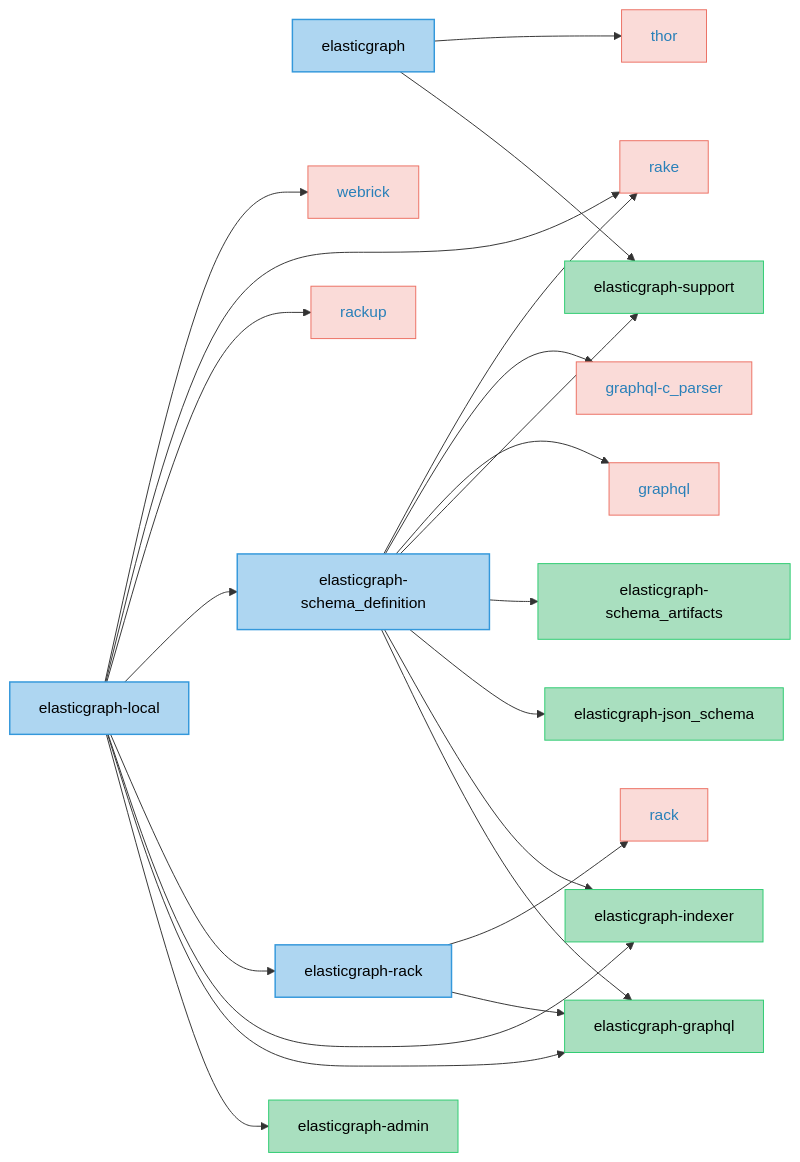
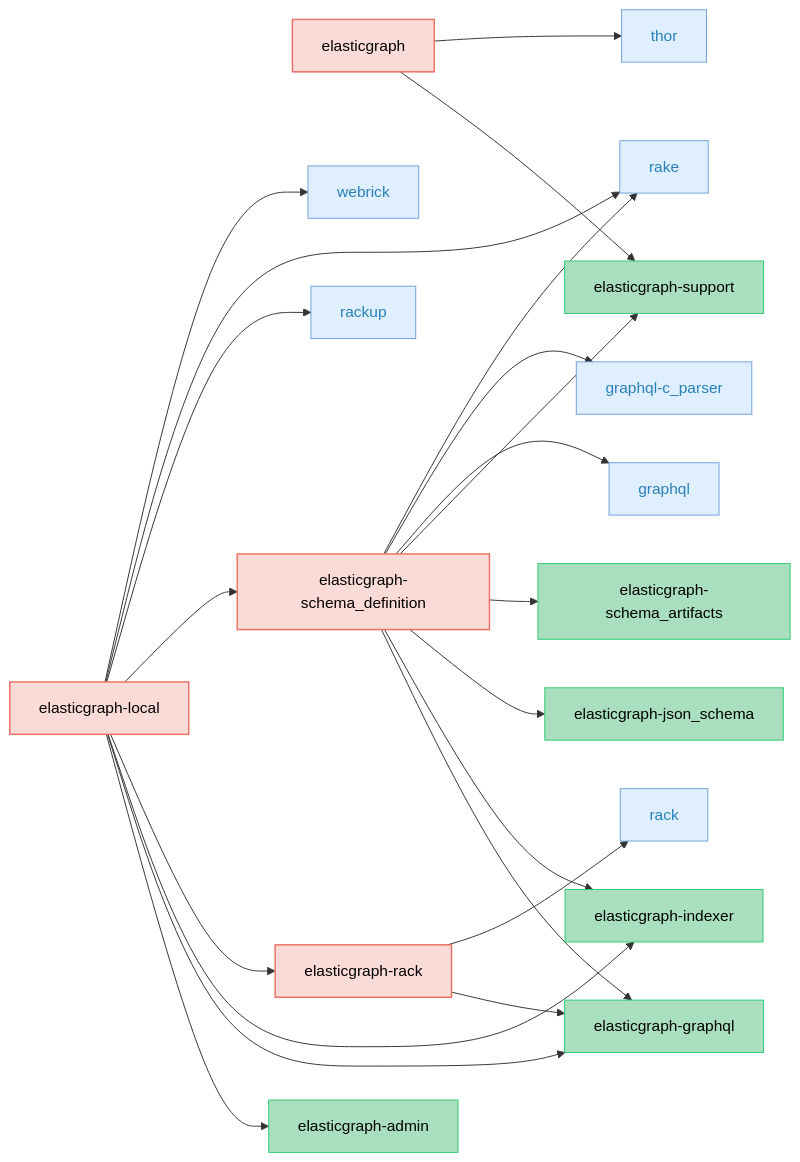
The fifth of 5 diagrams in CODEBASE_OVERVIEW.md (block/elasticgraph), drawn with Mermaid before and after one commit. The commit also changed other lines of this file and 23 other files, not shown here.

````diff
--- a/CODEBASE_OVERVIEW.md
+++ b/CODEBASE_OVERVIEW.md
@@ -275,67 +275,67 @@
 ```mermaid
 graph LR;
-    classDef currentCategoryGemStyle fill:#AED6F1,stroke:#3498DB,color:#000,stroke-width:1.5px;
+    classDef currentCategoryGemStyle fill:#FADBD8,stroke:#EC7063,color:#000,stroke-width:1.5px;
     classDef otherEgGemStyle fill:#A9DFBF,stroke:#2ECC71,color:#000;
-    classDef externalGemCatStyle fill:#FADBD8,stroke:#EC7063,color:#2980B9;
+    classDef externalGemCatStyle fill:#E0EFFF,stroke:#70A1D7,color:#2980B9;
     elasticgraph["elasticgraph"];
     elasticgraph-support["elasticgraph-support"];
     thor["thor"];
     elasticgraph-local["elasticgraph-local"];
     elasticgraph-admin["elasticgraph-admin"];
     elasticgraph-graphql["elasticgraph-graphql"];
     elasticgraph-indexer["elasticgraph-indexer"];
     elasticgraph-rack["elasticgraph-rack"];
     elasticgraph-schema_definition["elasticgraph-schema_definition"];
     rackup["rackup"];
     rake["rake"];
     webrick["webrick"];
     rack["rack"];
     elasticgraph-json_schema["elasticgraph-json_schema"];
     elasticgraph-schema_artifacts["elasticgraph-schema_artifacts"];
     graphql["graphql"];
     graphql-c_parser["graphql-c_parser"];
     elasticgraph --> elasticgraph-support;
     elasticgraph --> thor;
     elasticgraph-local --> elasticgraph-admin;
     elasticgraph-local --> elasticgraph-graphql;
     elasticgraph-local --> elasticgraph-indexer;
     elasticgraph-local --> elasticgraph-rack;
     elasticgraph-local --> elasticgraph-schema_definition;
     elasticgraph-local --> rackup;
     elasticgraph-local --> rake;
     elasticgraph-local --> webrick;
     elasticgraph-rack --> elasticgraph-graphql;
     elasticgraph-rack --> rack;
     elasticgraph-schema_definition --> elasticgraph-graphql;
     elasticgraph-schema_definition --> elasticgraph-indexer;
     elasticgraph-schema_definition --> elasticgraph-json_schema;
     elasticgraph-schema_definition --> elasticgraph-schema_artifacts;
     elasticgraph-schema_definition --> elasticgraph-support;
     elasticgraph-schema_definition --> graphql;
     elasticgraph-schema_definition --> graphql-c_parser;
     elasticgraph-schema_definition --> rake;
     class elasticgraph currentCategoryGemStyle;
     class elasticgraph-support otherEgGemStyle;
     class thor externalGemCatStyle;
     class elasticgraph-local currentCategoryGemStyle;
     class elasticgraph-admin otherEgGemStyle;
     class elasticgraph-graphql otherEgGemStyle;
     class elasticgraph-indexer otherEgGemStyle;
     class elasticgraph-rack currentCategoryGemStyle;
     class elasticgraph-schema_definition currentCategoryGemStyle;
     class rackup externalGemCatStyle;
     class rake externalGemCatStyle;
     class webrick externalGemCatStyle;
     class rack externalGemCatStyle;
     class elasticgraph-json_schema otherEgGemStyle;
     class elasticgraph-schema_artifacts otherEgGemStyle;
     class graphql externalGemCatStyle;
     class graphql-c_parser externalGemCatStyle;
     click thor href "https://rubygems.org/gems/thor" "Open on RubyGems.org" _blank;
     click rackup href "https://rubygems.org/gems/rackup" "Open on RubyGems.org" _blank;
     click rake href "https://rubygems.org/gems/rake" "Open on RubyGems.org" _blank;
     click webrick href "https://rubygems.org/gems/webrick" "Open on RubyGems.org" _blank;
     click rack href "https://rubygems.org/gems/rack" "Open on RubyGems.org" _blank;
     click graphql href "https://rubygems.org/gems/graphql" "Open on RubyGems.org" _blank;
     click graphql-c_parser href "https://rubygems.org/gems/graphql-c_parser" "Open on RubyGems.org" _blank;
 ```
````
